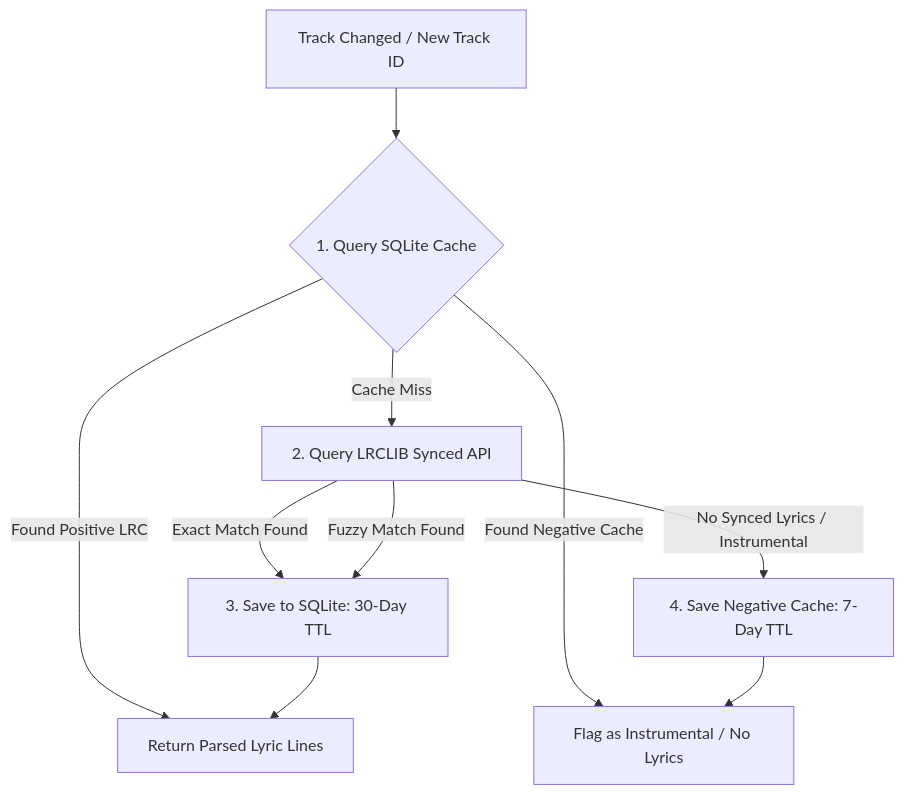
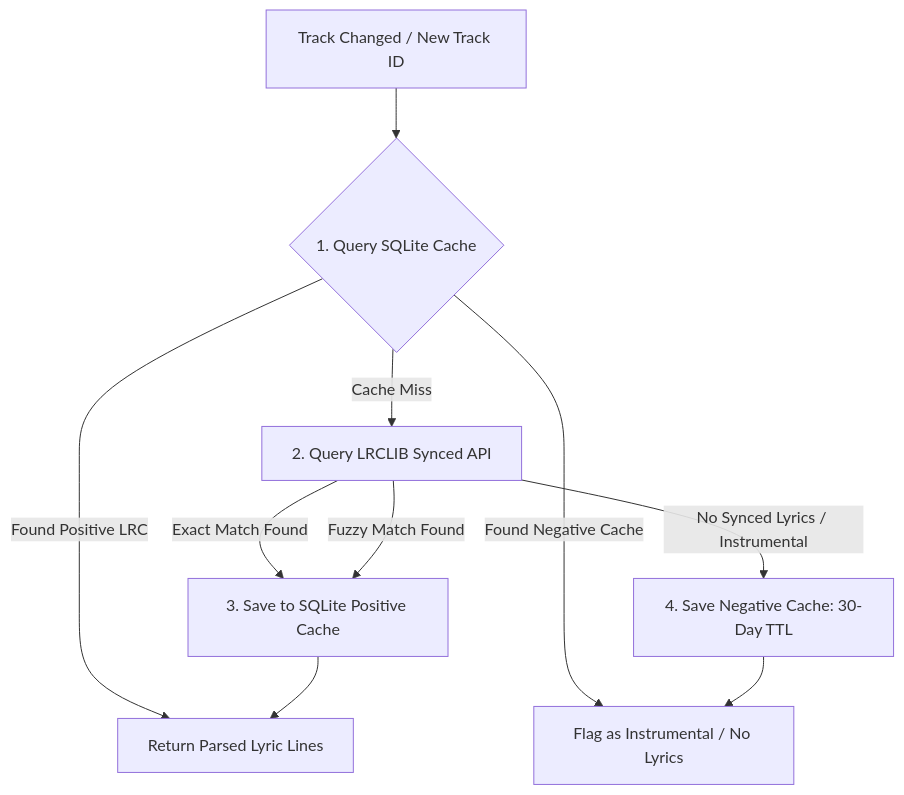
Before and after one commit to jav76/Cantus: the diagram in docs/architecture/lyrics-caching.md, drawn with Mermaid. The commit also changed other lines of this file and 16 other files, not shown here.

````diff
--- a/docs/architecture/lyrics-caching.md
+++ b/docs/architecture/lyrics-caching.md
@@ -11,15 +11,15 @@
 ```mermaid
 flowchart TD
     Start[Track Changed / New Track ID] --> QueryLocal{1. Query SQLite Cache}
     QueryLocal -->|Found Positive LRC| ReturnLyrics[Return Parsed Lyric Lines]
     QueryLocal -->|Found Negative Cache| ReturnInstrumental[Flag as Instrumental / No Lyrics]
     
     QueryLocal -->|Cache Miss| QueryLRCLIB[2. Query LRCLIB Synced API]
     
-    QueryLRCLIB -->|Exact Match Found| SavePositive[3. Save to SQLite: 30-Day TTL]
+    QueryLRCLIB -->|Exact Match Found| SavePositive[3. Save to SQLite Positive Cache]
     QueryLRCLIB -->|Fuzzy Match Found| SavePositive
-    QueryLRCLIB -->|No Synced Lyrics / Instrumental| SaveNegative[4. Save Negative Cache: 7-Day TTL]
+    QueryLRCLIB -->|No Synced Lyrics / Instrumental| SaveNegative[4. Save Negative Cache: 30-Day TTL]
     
     SavePositive --> ReturnLyrics
     SaveNegative --> ReturnInstrumental
 ```
````
